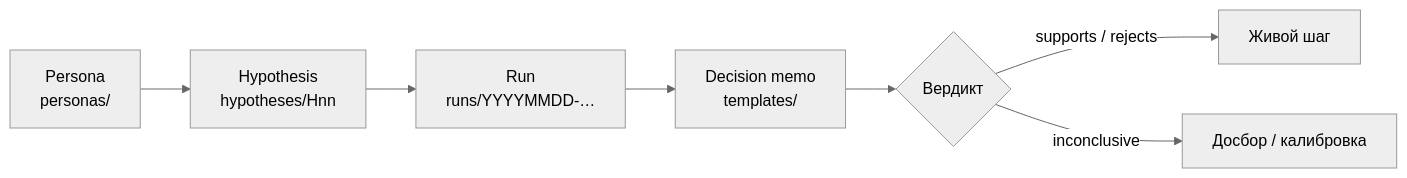
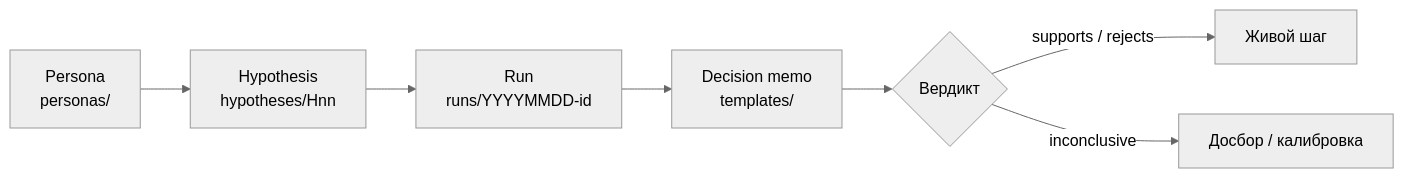
The second of 2 diagrams in docs/course/sul/folder-contract.md (gavnukkk97/ai-for-pm-course), drawn with Mermaid (neutral theme) before and after one commit. The commit also changed other lines of this file and 39 other files, not shown here.

First line of the commit message:
Improve student README/nav and fix mermaid label rendering

````diff
--- a/docs/course/sul/folder-contract.md
+++ b/docs/course/sul/folder-contract.md
@@ -72,9 +72,9 @@
 ```mermaid
 flowchart LR
-  P["Persona\npersonas/"] --> H["Hypothesis\nhypotheses/Hnn"]
-  H --> R["Run\nruns/YYYYMMDD-…"]
-  R --> M["Decision memo\ntemplates/"]
+  P["Persona<br/>personas/"] --> H["Hypothesis<br/>hypotheses/Hnn"]
+  H --> R["Run<br/>runs/YYYYMMDD-id"]
+  R --> M["Decision memo<br/>templates/"]
   M --> V{"Вердикт"}
   V -->|supports / rejects| Next["Живой шаг"]
   V -->|inconclusive| More["Досбор / калибровка"]
 ```
````
